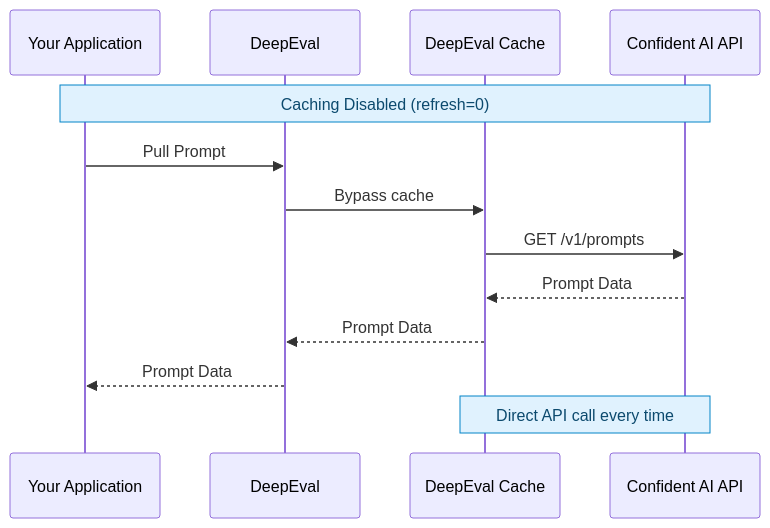
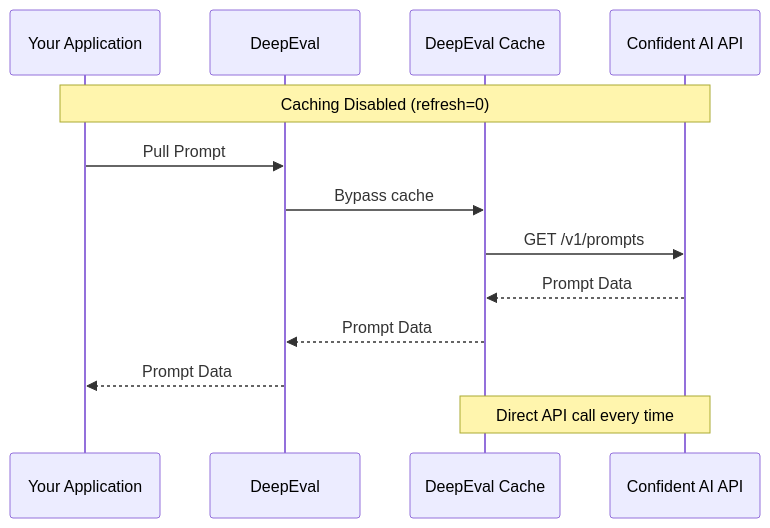
The second of 2 diagrams in fern/docs/pages/llm-evaluation/prompt-optimization/using-prompts.mdx (confident-ai/confident-docs), drawn with Mermaid before and after one commit. The commit also changed other lines of this file, not shown here.

````diff
--- a/fern/docs/pages/llm-evaluation/prompt-optimization/using-prompts.mdx
+++ b/fern/docs/pages/llm-evaluation/prompt-optimization/using-prompts.mdx
@@ -436,18 +435,17 @@
 ```mermaid
 sequenceDiagram
     participant App as Your Application
     participant DeepEval as DeepEval
     participant Cache as DeepEval Cache
     participant API as Confident AI API
 
     Note over App,API: Caching Disabled (refresh=0)
     App->>DeepEval: Pull Prompt
     DeepEval->>Cache: Bypass cache
     Cache->>API: GET /v1/prompts
     API-->>Cache: Prompt Data
     Cache-->>DeepEval: Prompt Data
     DeepEval-->>App: Prompt Data
     Note over Cache,API: Direct API call every time
 
-    %%{init: {'theme':'default', 'themeVariables': {'noteBkgColor': '#e0f2fe', 'noteBorderColor': '#0284c7', 'noteTextColor': '#0c4a6e'}}}%%
 ```
````
